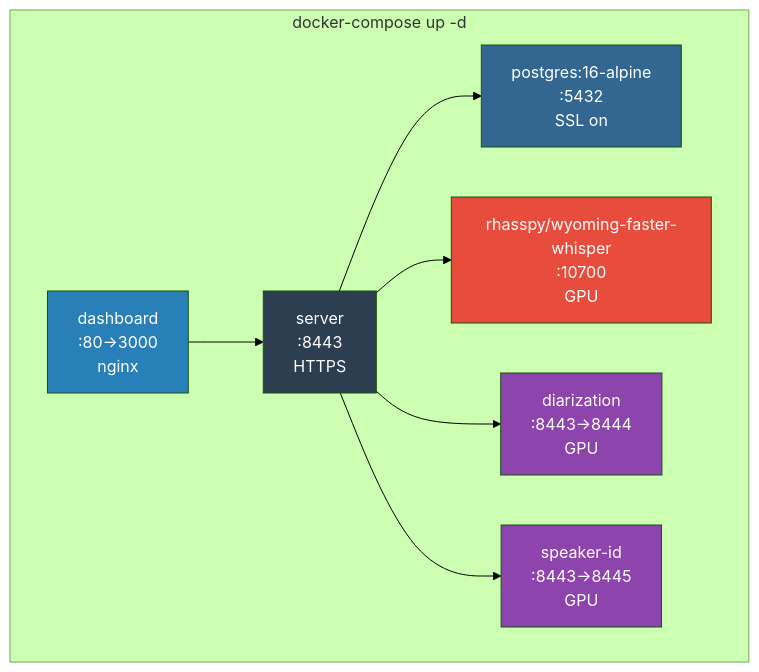
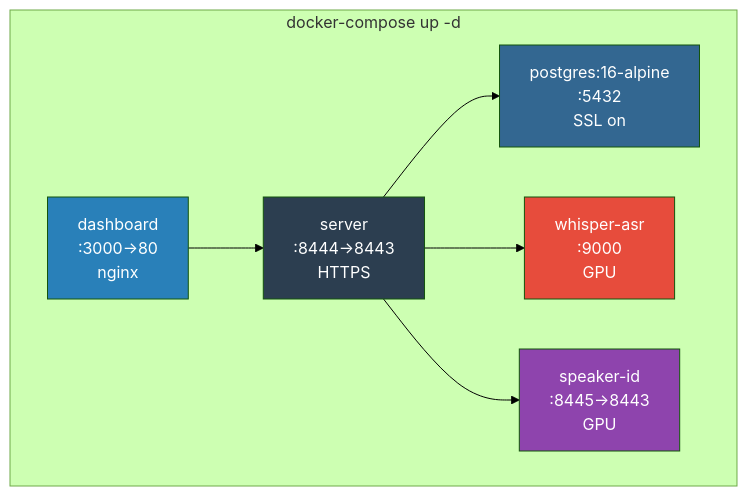
The eighth of 9 diagrams in ARCHITECTURE.md (dlgreenwald/lifelog), drawn with Mermaid (forest theme) before and after one commit. The commit also changed other lines of this file and 4 other files, not shown here.

First line of the commit message:
docs: update all documentation for current architecture

````diff
--- a/ARCHITECTURE.md
+++ b/ARCHITECTURE.md
@@ -731,24 +756,21 @@
 ```mermaid
 graph TB
     subgraph Docker["docker-compose up -d"]
         PG[postgres:16-alpine<br/>:5432<br/>SSL on]
-        SRV[server<br/>:8443<br/>HTTPS]
-        WYOM[rhasspy/wyoming-faster-whisper<br/>:10700<br/>GPU]
-        DIAR[diarization<br/>:8443→8444<br/>GPU]
-        SPK[speaker-id<br/>:8443→8445<br/>GPU]
-        DASH[dashboard<br/>:80→3000<br/>nginx]
+        SRV[server<br/>:8444→8443<br/>HTTPS]
+        WHISPER[whisper-asr<br/>:9000<br/>GPU]
+        SPK[speaker-id<br/>:8445→8443<br/>GPU]
+        DASH[dashboard<br/>:3000→80<br/>nginx]
     end
 
     SRV --> PG
-    SRV --> WYOM
-    SRV --> DIAR
+    SRV --> WHISPER
     SRV --> SPK
     DASH --> SRV
 
     style PG fill:#336791,color:#fff
     style SRV fill:#2c3e50,color:#fff
-    style WYOM fill:#e74c3c,color:#fff
-    style DIAR fill:#8e44ad,color:#fff
+    style WHISPER fill:#e74c3c,color:#fff
     style SPK fill:#8e44ad,color:#fff
     style DASH fill:#2980b9,color:#fff
 ```
````
